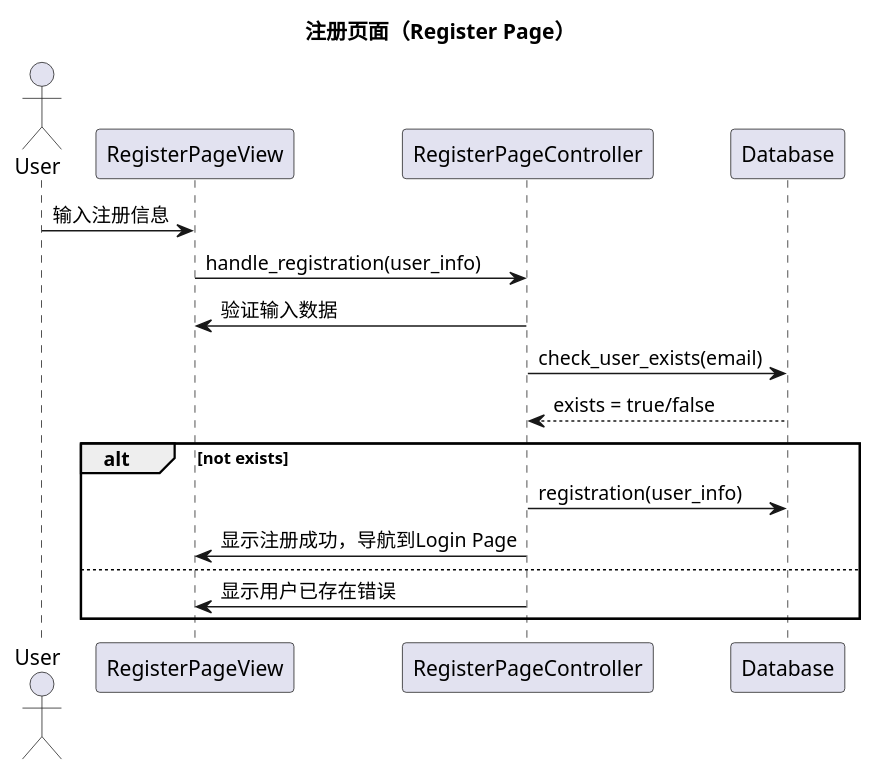
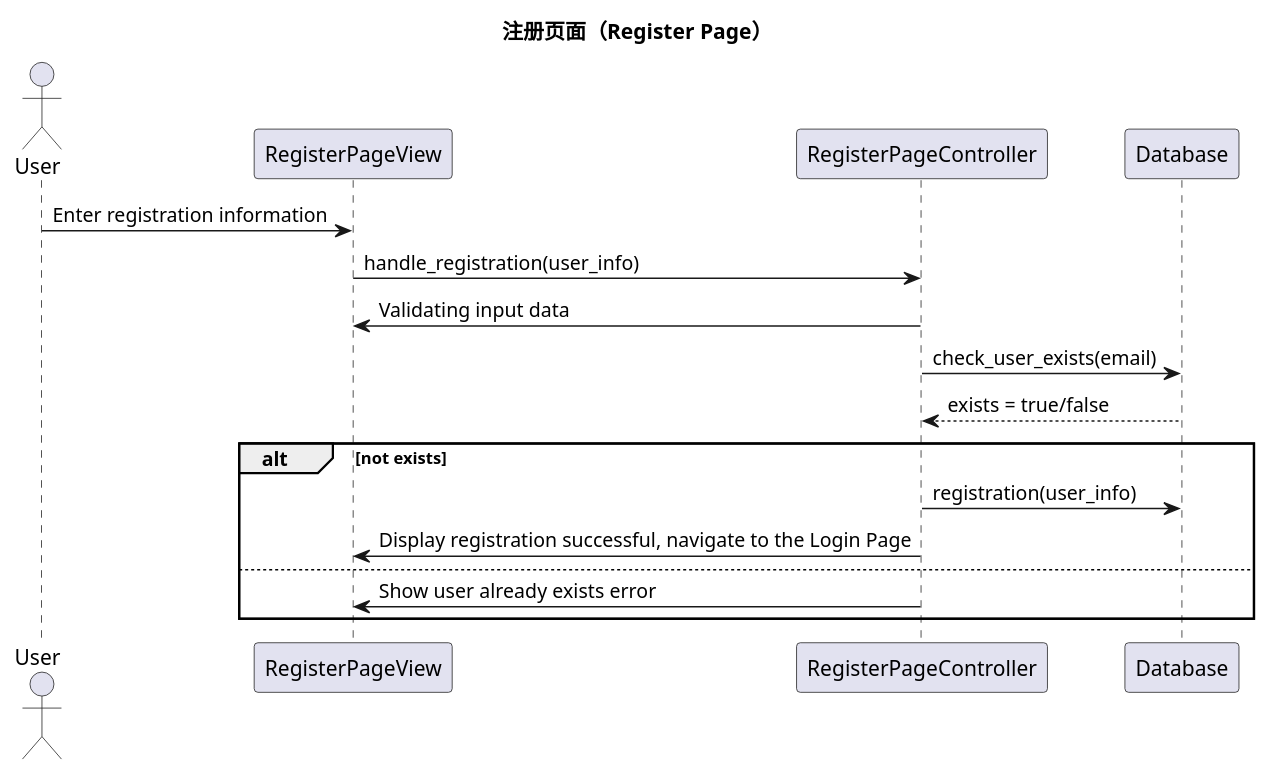
The third of 16 diagrams in planing/class_diagrams.md (violeteye1234/group23_COMPS350F), drawn with PlantUML before and after one commit. The commit also changed other lines of this file and 45 other files, not shown here.

````diff
--- a/planing/class_diagrams.md
+++ b/planing/class_diagrams.md
@@ -143,22 +143,22 @@
 ```plantuml
 @startuml
 title 注册页面（Register Page）
 
 actor User
 participant "RegisterPageView" as View
 participant "RegisterPageController" as Controller
 participant "Database" as DB
 
-User -> View: 输入注册信息
+User -> View: Enter registration information
 View -> Controller: handle_registration(user_info)
-Controller -> View: 验证输入数据
+Controller -> View: Validating input data
 Controller -> DB: check_user_exists(email)
 DB --> Controller: exists = true/false
 alt not exists
     Controller -> DB: registration(user_info)
-    Controller -> View: 显示注册成功，导航到Login Page
+    Controller -> View: Display registration successful, navigate to the Login Page
 else
-    Controller -> View: 显示用户已存在错误
+    Controller -> View: Show user already exists error
 end
 @enduml
 ```
````
